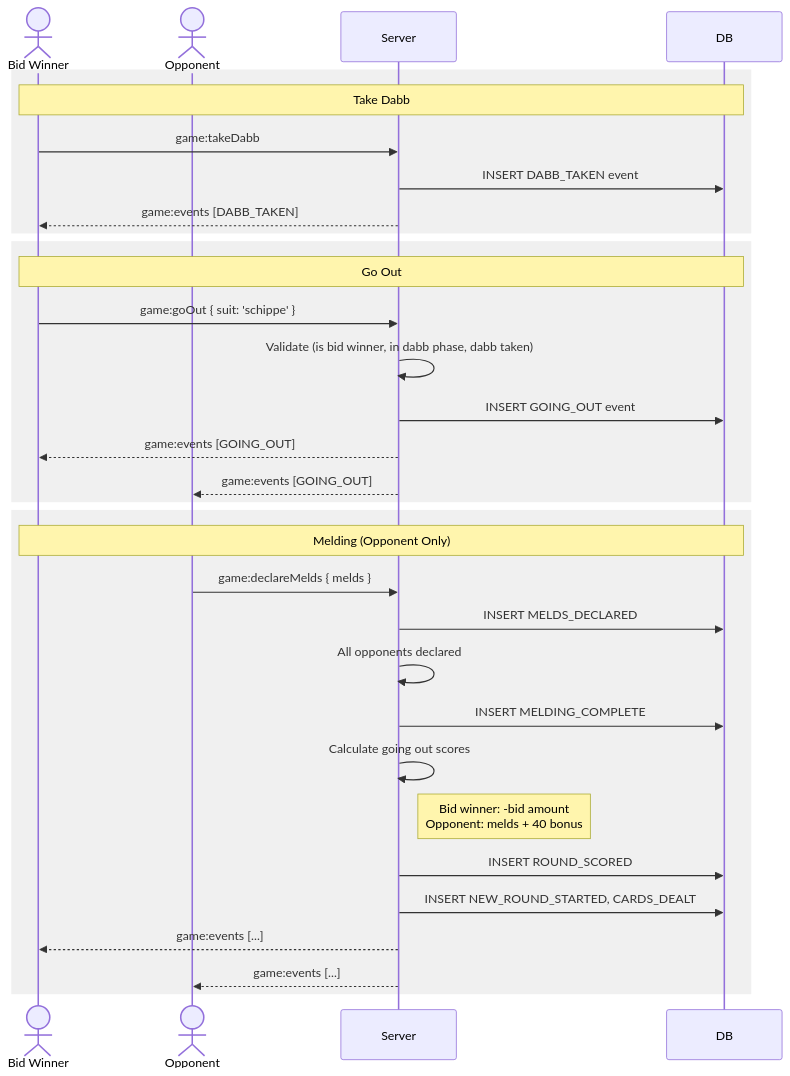
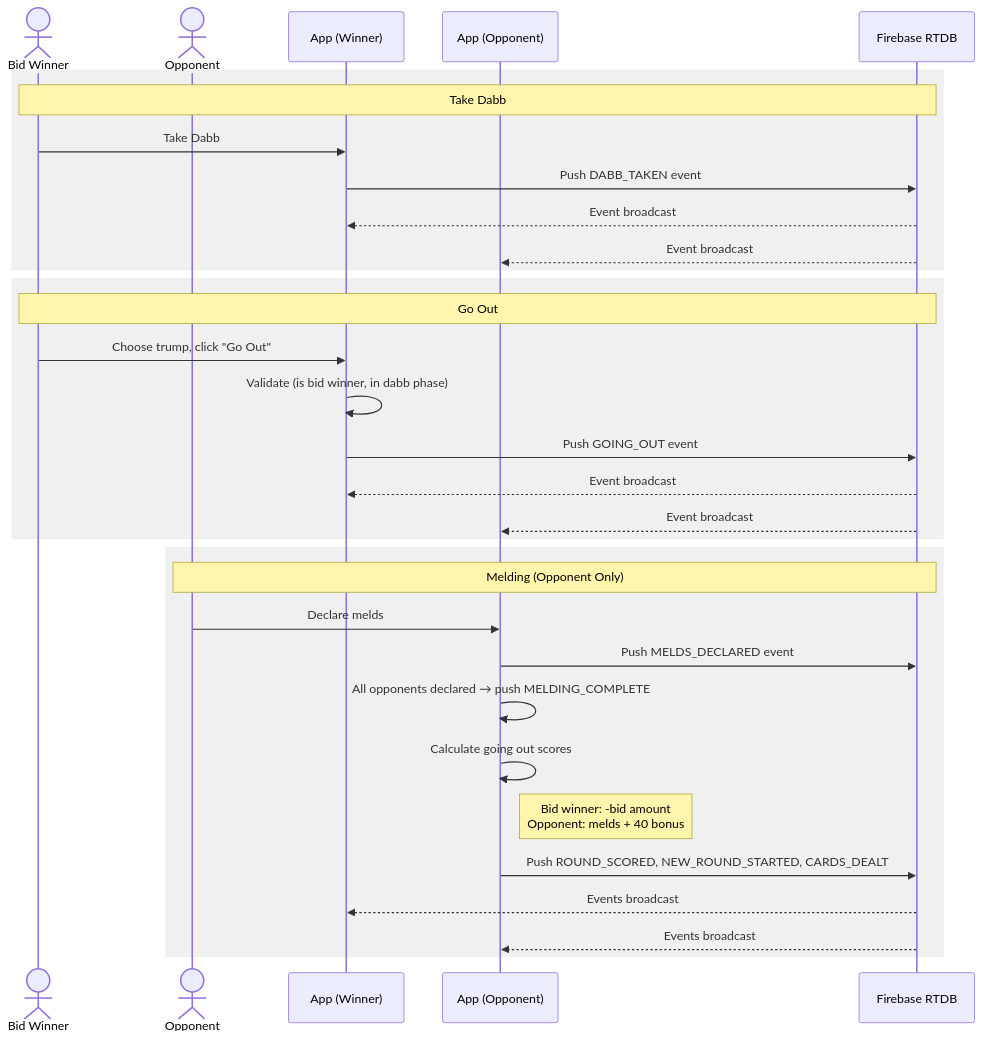
The fourth of 6 diagrams in docs/arc42/06-runtime-view.md (deglerj/dabb), drawn with Mermaid before and after one commit. The commit also changed other lines of this file and 18 other files, not shown here.

First line of the commit message:
docs: update docs for Firebase P2P architecture

````diff
--- a/docs/arc42/06-runtime-view.md
+++ b/docs/arc42/06-runtime-view.md
@@ -88,37 +87,37 @@
 ```mermaid
 sequenceDiagram
     actor winner as Bid Winner
     actor opponent as Opponent
-    participant server as Server
-    participant db as DB
+    participant appW as App (Winner)
+    participant appO as App (Opponent)
+    participant firebase as Firebase RTDB
 
     rect rgb(240, 240, 240)
-        Note over winner, db: Take Dabb
-        winner->>server: game:takeDabb
-        server->>db: INSERT DABB_TAKEN event
-        server-->>winner: game:events [DABB_TAKEN]
+        Note over winner, firebase: Take Dabb
+        winner->>appW: Take Dabb
+        appW->>firebase: Push DABB_TAKEN event
+        firebase-->>appW: Event broadcast
+        firebase-->>appO: Event broadcast
     end
 
     rect rgb(240, 240, 240)
-        Note over winner, db: Go Out
-        winner->>server: game:goOut { suit: 'schippe' }
-        server->>server: Validate (is bid winner, in dabb phase, dabb taken)
-        server->>db: INSERT GOING_OUT event
-        server-->>winner: game:events [GOING_OUT]
-        server-->>opponent: game:events [GOING_OUT]
+        Note over winner, firebase: Go Out
+        winner->>appW: Choose trump, click "Go Out"
+        appW->>appW: Validate (is bid winner, in dabb phase)
+        appW->>firebase: Push GOING_OUT event
+        firebase-->>appW: Event broadcast
+        firebase-->>appO: Event broadcast
     end
 
     rect rgb(240, 240, 240)
-        Note over winner, db: Melding (Opponent Only)
-        opponent->>server: game:declareMelds { melds }
-        server->>db: INSERT MELDS_DECLARED
-        server->>server: All opponents declared
-        server->>db: INSERT MELDING_COMPLETE
-        server->>server: Calculate going out scores
-        Note right of server: Bid winner: -bid amount<br/>Opponent: melds + 40 bonus
-        server->>db: INSERT ROUND_SCORED
-        server->>db: INSERT NEW_ROUND_STARTED, CARDS_DEALT
-        server-->>winner: game:events [...]
-        server-->>opponent: game:events [...]
+        Note over opponent, firebase: Melding (Opponent Only)
+        opponent->>appO: Declare melds
+        appO->>firebase: Push MELDS_DECLARED event
+        appO->>appO: All opponents declared → push MELDING_COMPLETE
+        appO->>appO: Calculate going out scores
+        Note right of appO: Bid winner: -bid amount<br/>Opponent: melds + 40 bonus
+        appO->>firebase: Push ROUND_SCORED, NEW_ROUND_STARTED, CARDS_DEALT
+        firebase-->>appW: Events broadcast
+        firebase-->>appO: Events broadcast
     end
 ```
````
